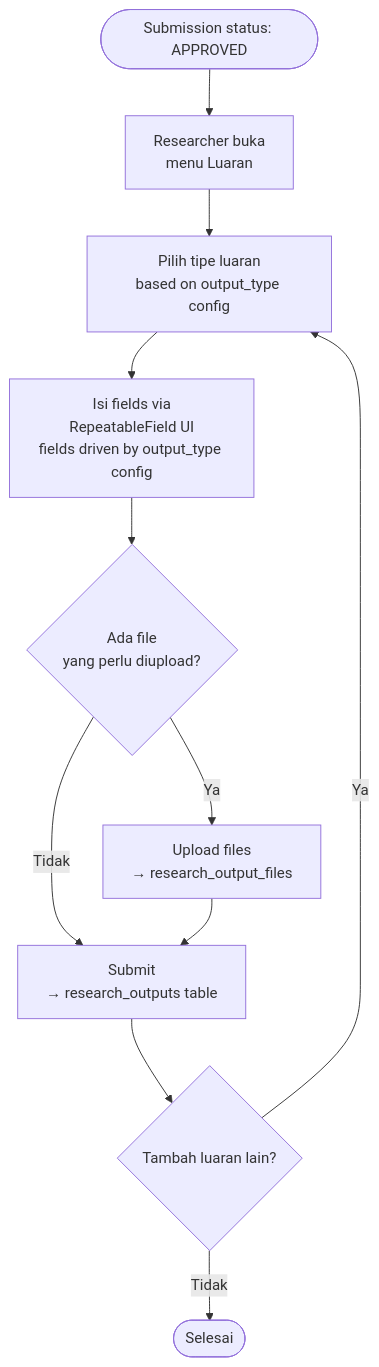
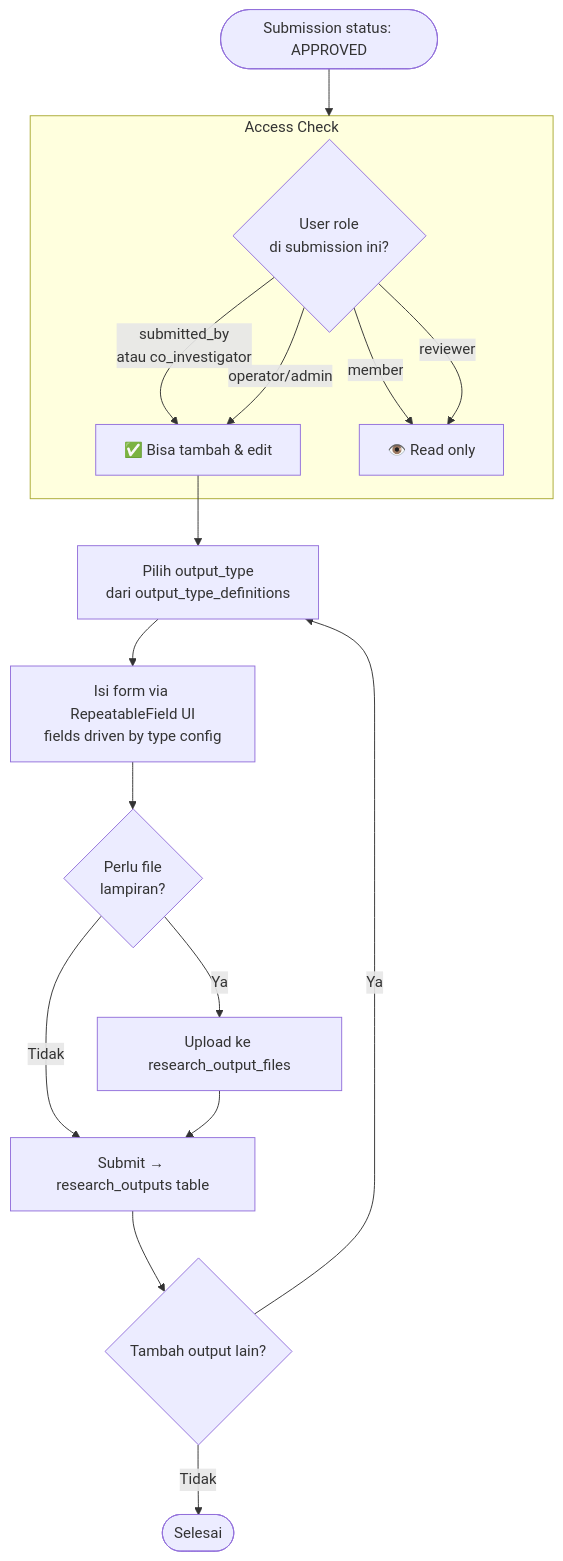
The diagram in docs/requirement-analysis/ddd/supporting/03_research_output.md (nas11ai/sim-kerjasama-itk), drawn with Mermaid before and after one commit. The commit also changed other lines of this file and 12 other files, not shown here.

````diff
--- a/docs/requirement-analysis/ddd/supporting/03_research_output.md
+++ b/docs/requirement-analysis/ddd/supporting/03_research_output.md
@@ -17,13 +19,22 @@
 ```mermaid
 flowchart TD
-    START([Submission status: APPROVED]) --> A[Researcher buka<br/>menu Luaran]
-    A --> B[Pilih tipe luaran<br/>based on output_type config]
-    B --> C[Isi fields via<br/>RepeatableField UI<br/>fields driven by output_type config]
-    C --> D{Ada file<br/>yang perlu diupload?}
-    D -->|Ya| E[Upload files<br/>→ research_output_files]
-    D -->|Tidak| F[Submit<br/>→ research_outputs table]
+    START([Submission status: APPROVED]) --> ACCESS
+
+    subgraph ACCESS["Access Check"]
+        A{User role<br/>di submission ini?}
+        A -->|submitted_by<br/>atau co_investigator| CAN_EDIT[✅ Bisa tambah & edit]
+        A -->|member| READ_ONLY[👁️ Read only]
+        A -->|reviewer| READ_ONLY
+        A -->|operator/admin| CAN_EDIT
+    end
+
+    CAN_EDIT --> B[Pilih output_type<br/>dari output_type_definitions]
+    B --> C[Isi form via RepeatableField UI<br/>fields driven by type config]
+    C --> D{Perlu file<br/>lampiran?}
+    D -->|Ya| E[Upload ke research_output_files]
+    D -->|Tidak| F[Submit → research_outputs table]
     E --> F
-    F --> G{Tambah luaran lain?}
+    F --> G{Tambah output lain?}
     G -->|Ya| B
     G -->|Tidak| END([Selesai])
 ```
````
